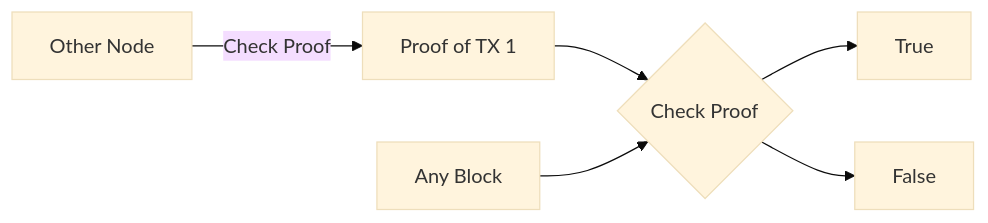
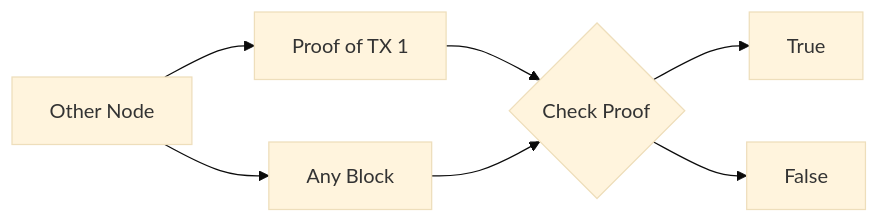
One commit to Naruno/Naruno changed the third of 3 diagrams in docs/concepts/proofs.md. Above: the diagram before and after it, drawn with Mermaid (base theme).

Commit message:
docs: Fix for proofs diagram

````diff
--- a/docs/concepts/proofs.md
+++ b/docs/concepts/proofs.md
@@ -38,12 +38,14 @@
 ```mermaid
 flowchart LR
     OtherNode[Other Node]
-    OtherNode -->|Check Proof| proof[Proof of TX 1]
+    OtherNode --> proof
+    OtherNode -->AnyBlock
+    proof[Proof of TX 1]
     proof --> check
     AnyBlock[Any Block]
     AnyBlock --> check
 
     check{Check Proof}
     check --> True
     check --> False
 ```
````
